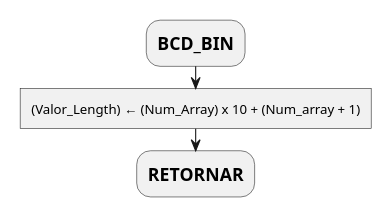
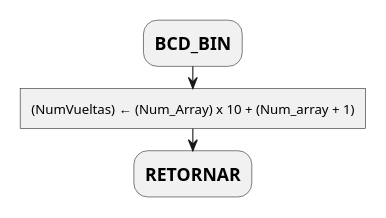
One commit to mlndz28/pr-623 changed the eighth of 23 diagrams in report.md. Above: the diagram before and after it, drawn with PlantUML. The commit also changed other lines of this file, not shown here.

Commit message:
docs: change flowcharts for new specifications

````diff
--- a/report.md
+++ b/report.md
@@ -355,12 +365,12 @@
 ```plantuml
 @startuml
 scale max 100 height
 skinparam monochrome true
 skinparam defaultTextAlignment center
 :=BCD_BIN;
-:(Valor_Length) ← (Num_Array) x 10 + (Num_array + 1)]
+:(NumVueltas) ← (Num_Array) x 10 + (Num_array + 1)]
 
 :=RETORNAR;
 
 @enduml
 ```
````
